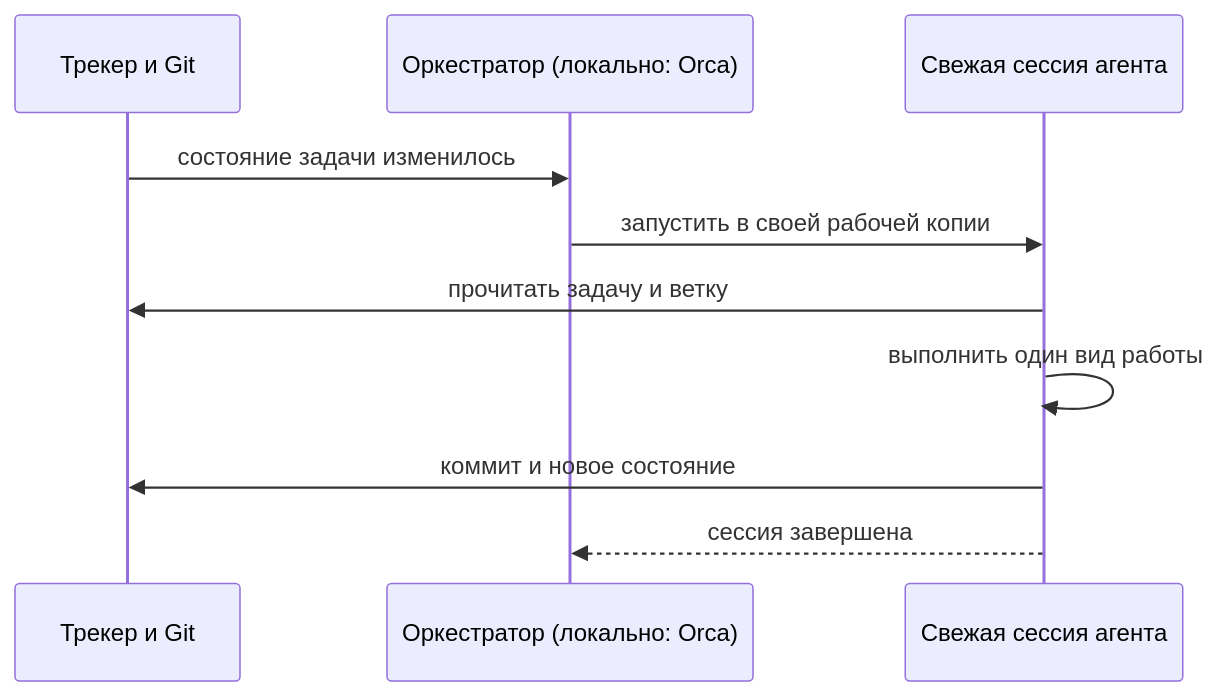
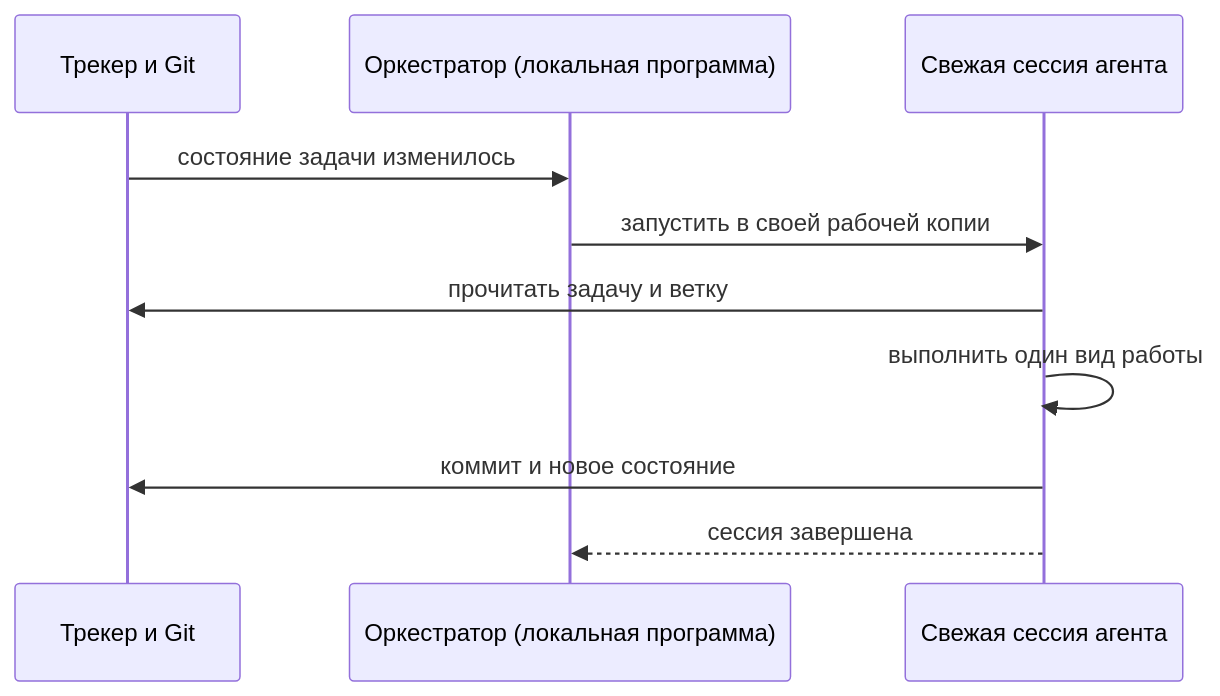
One commit to KirillSachkov/agent-kit changed the fifth of 7 diagrams in docs/research/factory-pipeline.ru.md. Above: the diagram before and after it, drawn with Mermaid. The commit also changed other lines of this file and 5 other files, not shown here.

````diff
--- a/docs/research/factory-pipeline.ru.md
+++ b/docs/research/factory-pipeline.ru.md
@@ -97,12 +97,12 @@
 ```mermaid
 sequenceDiagram
     participant T as Трекер и Git
-    participant O as Оркестратор (локально: Orca)
+    participant O as Оркестратор (локальная программа)
     participant A as Свежая сессия агента
     T->>O: состояние задачи изменилось
     O->>A: запустить в своей рабочей копии
     A->>T: прочитать задачу и ветку
     A->>A: выполнить один вид работы
     A->>T: коммит и новое состояние
     A-->>O: сессия завершена
 ```
````
